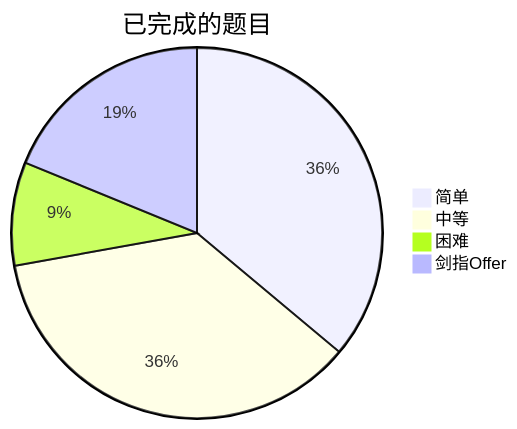
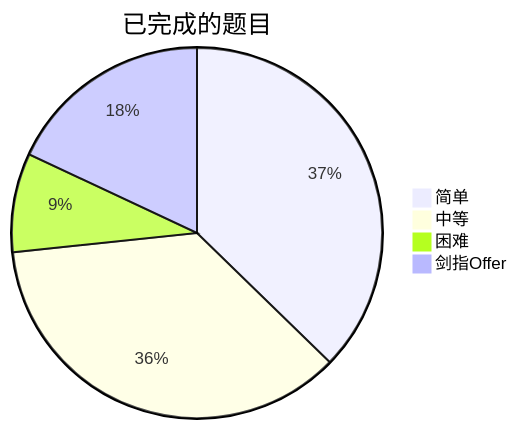
Before and after one commit to kaisa911/LeetCode: the diagram in README.md, drawn with Mermaid. The commit also changed other lines of this file and 18 other files, not shown here.

````diff
--- a/README.md
+++ b/README.md
@@ -9,7 +9,7 @@
 ```mermaid
 pie title 已完成的题目
-    "简单" : 140
-    "中等" : 140
+    "简单" : 151
+    "中等" : 146
     "困难" : 35
     "剑指Offer" : 73
 ```
````
